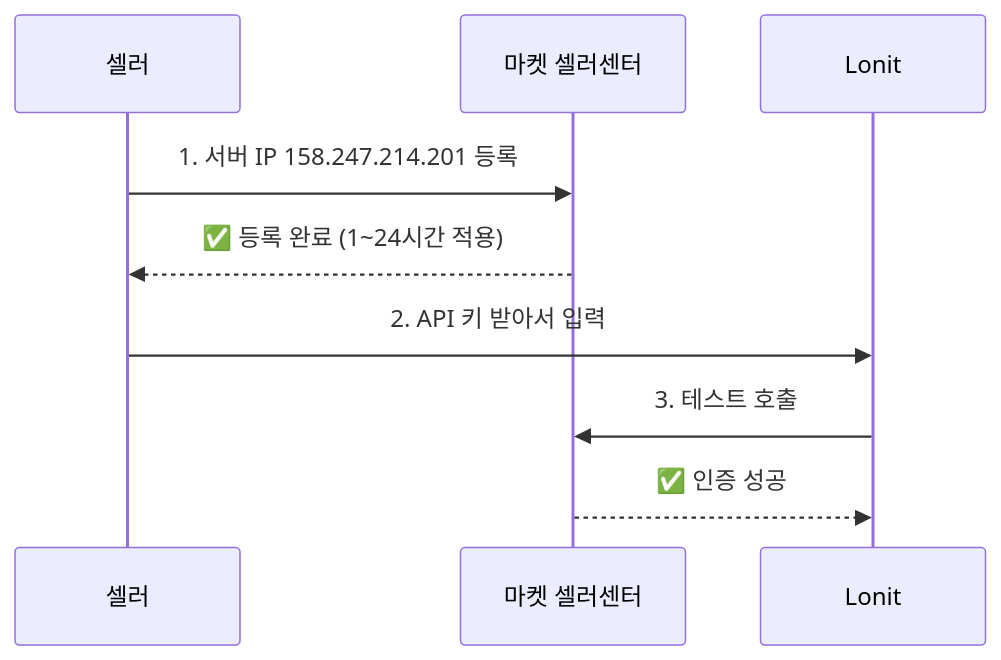
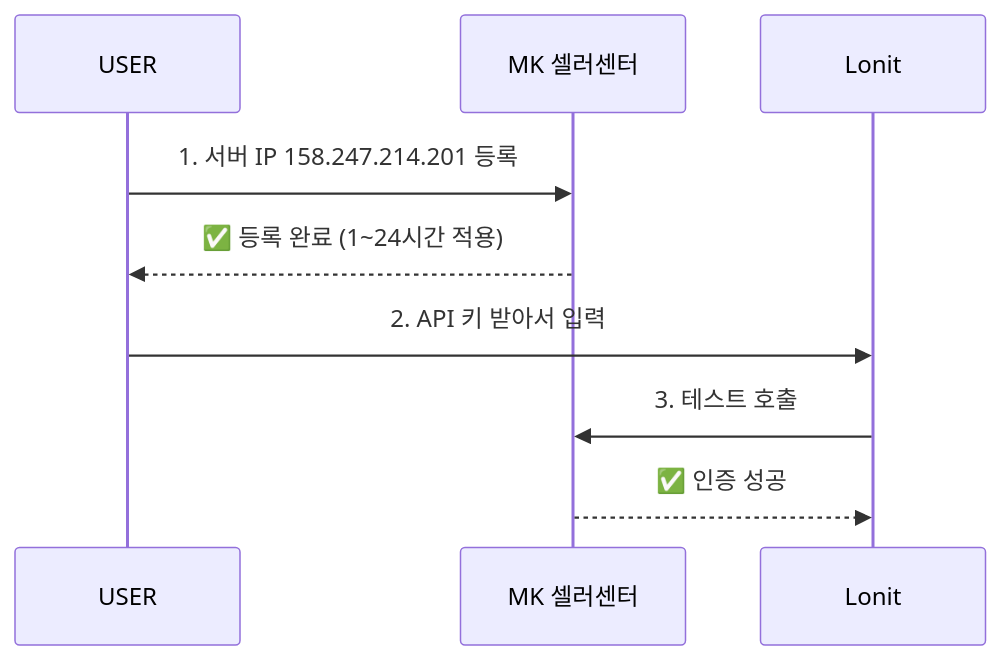
One commit to cksdud5785-design/lonit-manual changed the second of 7 diagrams in docs/01-getting-started.md. Above: the diagram before and after it, drawn with Mermaid. The commit also changed other lines of this file and 17 other files, not shown here.

First line of the commit message:
fix: mermaid 한국어 ID → ASCII + 더망고 → T사 일괄 변경

````diff
--- a/docs/01-getting-started.md
+++ b/docs/01-getting-started.md
@@ -76,12 +76,12 @@
 ```mermaid
 sequenceDiagram
-    participant U as 셀러
-    participant M as 마켓 셀러센터
+    participant U as USER
+    participant M as MK 셀러센터
     participant L as Lonit
     
     U->>M: 1. 서버 IP 158.247.214.201 등록
     M-->>U: ✅ 등록 완료 (1~24시간 적용)
     U->>L: 2. API 키 받아서 입력
     L->>M: 3. 테스트 호출
     M-->>L: ✅ 인증 성공
 ```
````
